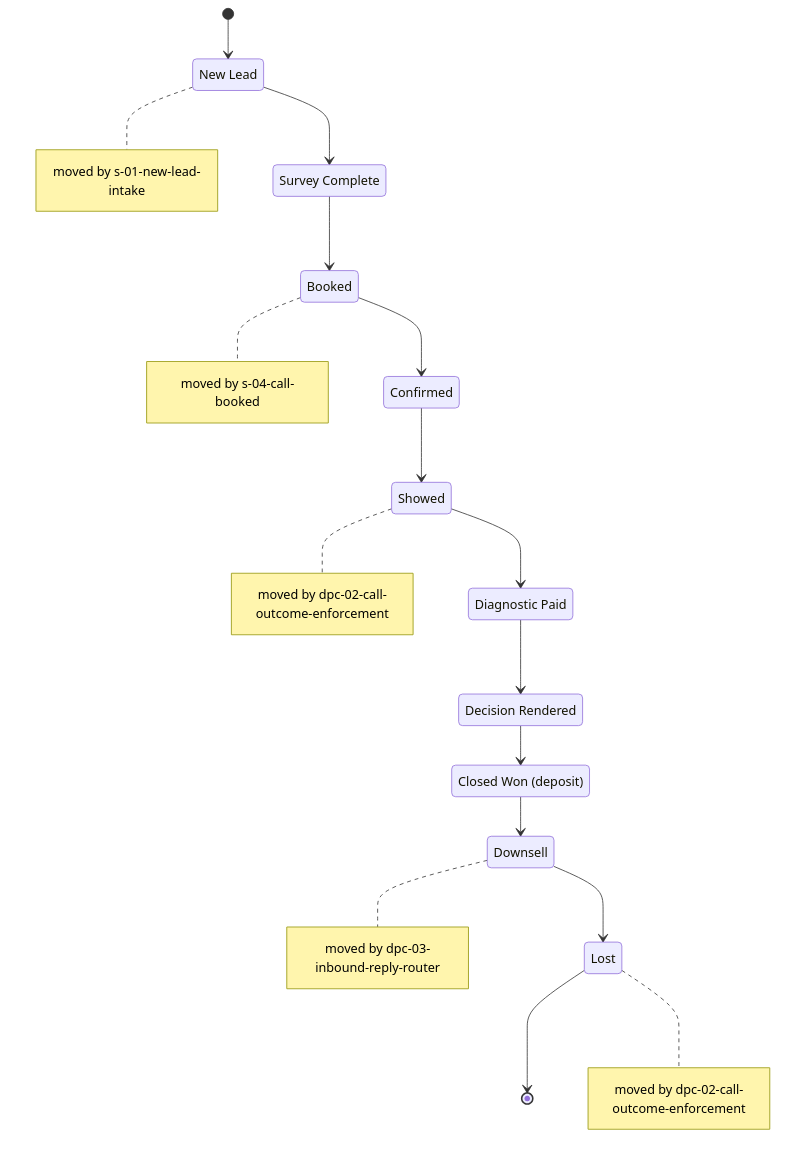
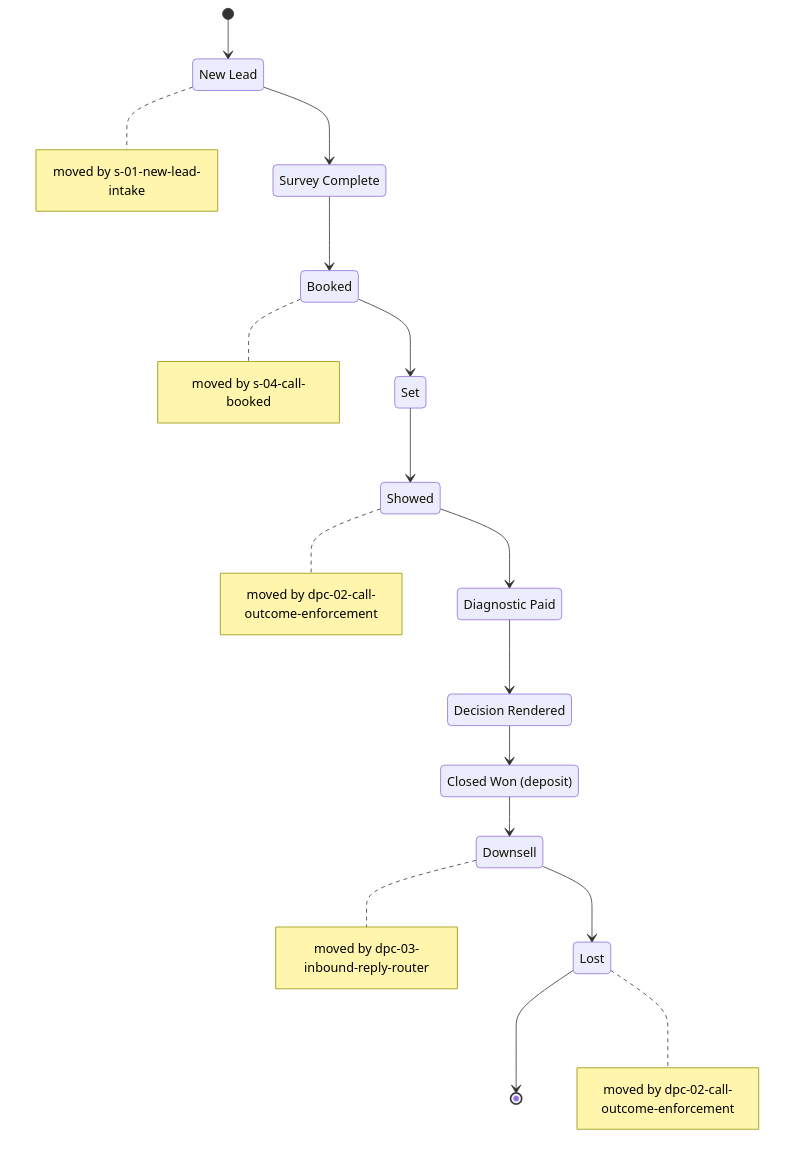
One commit to ZootimusMaximusSupreme/fundhub-platform changed the diagram in docs/diagrams/rails/sales.md. Above: the diagram before and after it, drawn with Mermaid. The commit also changed other lines of this file and 2 other files, not shown here.

Commit message:
Sync Sales board proof copies and diagram

````diff
--- a/docs/diagrams/rails/sales.md
+++ b/docs/diagrams/rails/sales.md
@@ -9,30 +9,30 @@
 ```mermaid
 stateDiagram-v2
     state "New Lead" as new_lead
     state "Survey Complete" as survey_complete
     state "Booked" as booked
-    state "Confirmed" as confirmed
+    state "Set" as confirmed
     state "Showed" as showed
     state "Diagnostic Paid" as diagnostic_paid
     state "Decision Rendered" as decision_rendered
     state "Closed Won (deposit)" as closed_won
     state "Downsell" as downsell
     state "Lost" as lost
 
     [*] --> new_lead
     new_lead --> survey_complete
     survey_complete --> booked
     booked --> confirmed
     confirmed --> showed
     showed --> diagnostic_paid
     diagnostic_paid --> decision_rendered
     decision_rendered --> closed_won
     closed_won --> downsell
     downsell --> lost
     lost --> [*]
     note right of showed : moved by dpc-02-call-outcome-enforcement
     note right of lost : moved by dpc-02-call-outcome-enforcement
     note right of downsell : moved by dpc-03-inbound-reply-router
     note right of new_lead : moved by s-01-new-lead-intake
     note right of booked : moved by s-04-call-booked
 ```
````
